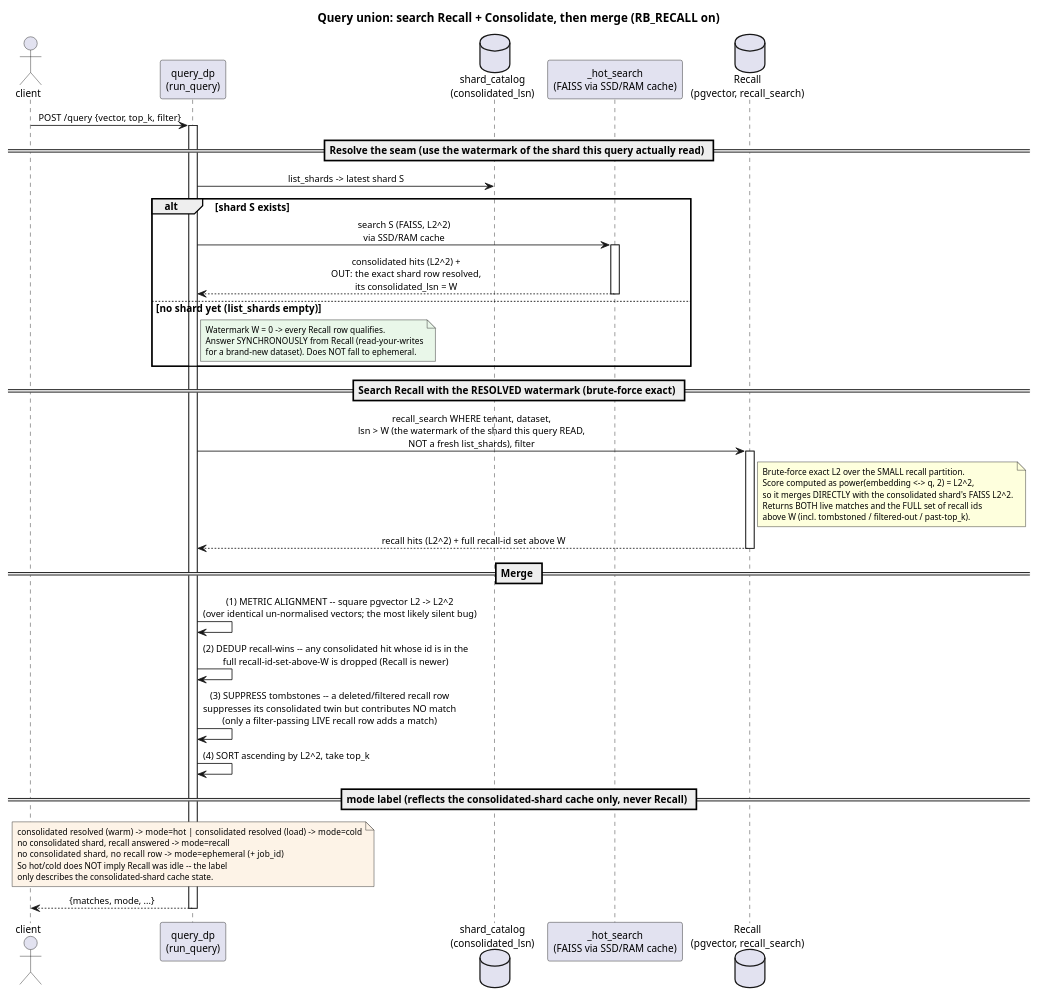
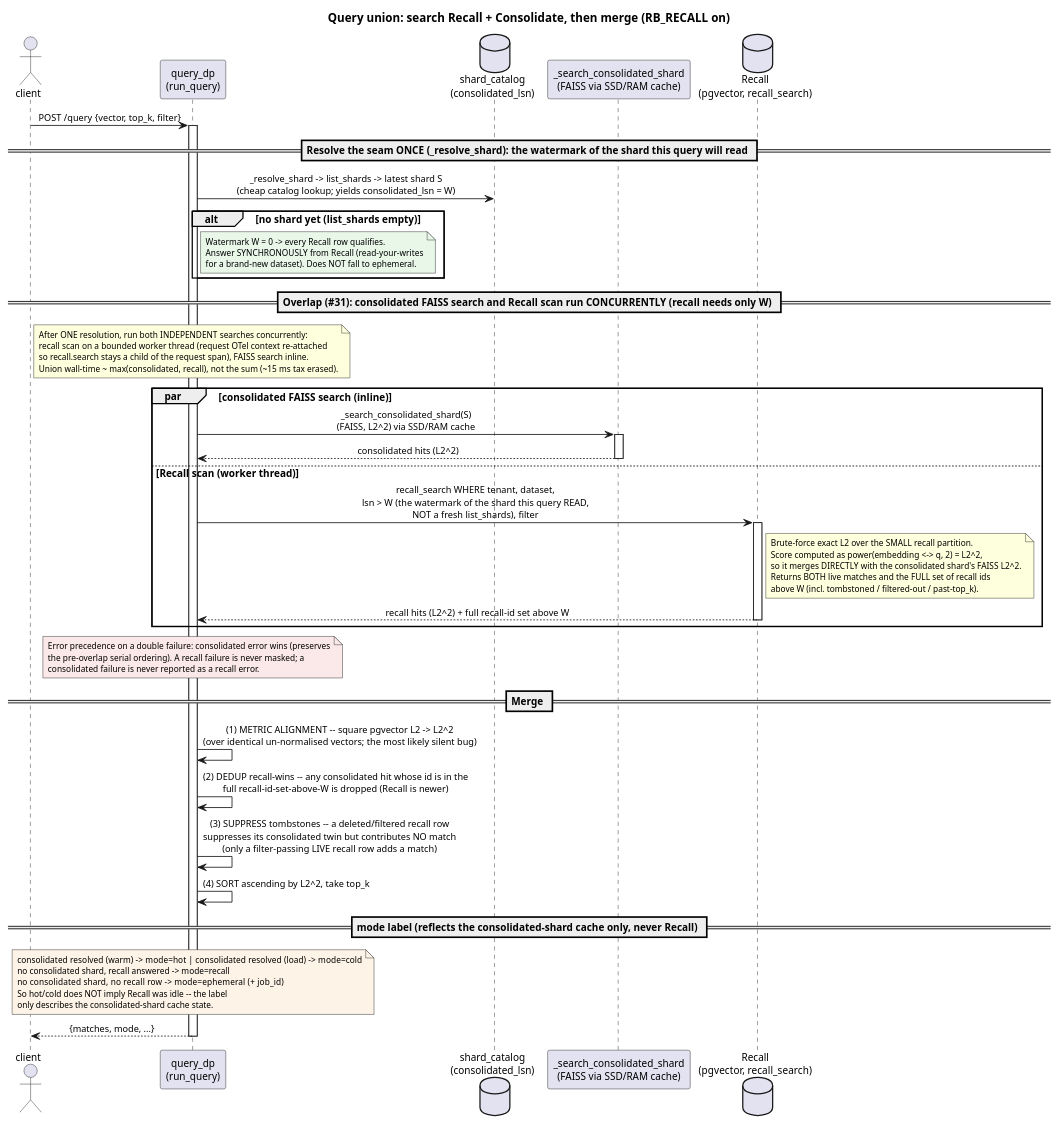
One commit to rosalinddb/rosalinddb changed the diagram in docs/architecture/diagrams/recall-consolidate-query-union.puml. Above: the diagram before and after it, drawn with PlantUML. The commit also changed 3 other files, not shown here.

First line of the commit message:
docs(query): describe the resolve/search split and recall overlap (#31)

```diff
--- a/docs/architecture/diagrams/recall-consolidate-query-union.puml
+++ b/docs/architecture/diagrams/recall-consolidate-query-union.puml
@@ -1,77 +1,92 @@
 @startuml recall-consolidate-query-union
 ' Query union sequence: resolve the latest shard + its consolidated_lsn
 ' watermark -> search Recall (lsn > watermark, brute-force exact) and the
 ' Consolidate shard (FAISS via the SSD/RAM cache) -> merge: square pgvector
 ' L2 -> L2^2 (metric alignment), recall-wins dedup, suppress recall-tombstoned
 ' ids, sort ascending, take top_k. Also shows the no-shard recall/ephemeral
 ' branch and the mode label (which always reflects the consolidated-shard cache only).
 
 title Query union: search Recall + Consolidate, then merge (RB_RECALL on)
 
 skinparam shadowing false
 skinparam defaultFontName Helvetica
 skinparam defaultFontSize 12
 skinparam ArrowFontSize 11
 skinparam NoteFontSize 10
 skinparam sequenceMessageAlign center
 
 actor "client" as client
 participant "query_dp\n(run_query)" as dp
 database "shard_catalog\n(consolidated_lsn)" as catalog
-participant "_hot_search\n(FAISS via SSD/RAM cache)" as consolidated
+participant "_search_consolidated_shard\n(FAISS via SSD/RAM cache)" as consolidated
 database "Recall\n(pgvector, recall_search)" as recall
 
 client -> dp : POST /query {vector, top_k, filter}
 activate dp
 
-== Resolve the seam (use the watermark of the shard this query actually read) ==
+== Resolve the seam ONCE (_resolve_shard): the watermark of the shard this query will read ==
 
-dp -> catalog : list_shards -> latest shard S
-alt shard S exists
-  dp -> consolidated : search S (FAISS, L2^2)\nvia SSD/RAM cache
-  activate consolidated
-  consolidated --> dp : consolidated hits (L2^2) +\nOUT: the exact shard row resolved,\nits consolidated_lsn = W
-  deactivate consolidated
-else no shard yet (list_shards empty)
+dp -> catalog : _resolve_shard -> list_shards -> latest shard S\n(cheap catalog lookup; yields consolidated_lsn = W)
+alt no shard yet (list_shards empty)
   note right of dp #E9F7E9
     Watermark W = 0 -> every Recall row qualifies.
     Answer SYNCHRONOUSLY from Recall (read-your-writes
     for a brand-new dataset). Does NOT fall to ephemeral.
   end note
 end
 
-== Search Recall with the RESOLVED watermark (brute-force exact) ==
+== Overlap (#31): consolidated FAISS search and Recall scan run CONCURRENTLY (recall needs only W) ==
 
-dp -> recall : recall_search WHERE tenant, dataset,\nlsn > W (the watermark of the shard this query READ,\nNOT a fresh list_shards), filter
-activate recall
-note right of recall
-  Brute-force exact L2 over the SMALL recall partition.
-  Score computed as power(embedding <-> q, 2) = L2^2,
-  so it merges DIRECTLY with the consolidated shard's FAISS L2^2.
-  Returns BOTH live matches and the FULL set of recall ids
-  above W (incl. tombstoned / filtered-out / past-top_k).
+note over dp
+  After ONE resolution, run both INDEPENDENT searches concurrently:
+  recall scan on a bounded worker thread (request OTel context re-attached
+  so recall.search stays a child of the request span), FAISS search inline.
+  Union wall-time ~ max(consolidated, recall), not the sum (~15 ms tax erased).
 end note
-recall --> dp : recall hits (L2^2) + full recall-id set above W
-deactivate recall
+
+par consolidated FAISS search (inline)
+  dp -> consolidated : _search_consolidated_shard(S)\n(FAISS, L2^2) via SSD/RAM cache
+  activate consolidated
+  consolidated --> dp : consolidated hits (L2^2)
+  deactivate consolidated
+else Recall scan (worker thread)
+  dp -> recall : recall_search WHERE tenant, dataset,\nlsn > W (the watermark of the shard this query READ,\nNOT a fresh list_shards), filter
+  activate recall
+  note right of recall
+    Brute-force exact L2 over the SMALL recall partition.
+    Score computed as power(embedding <-> q, 2) = L2^2,
+    so it merges DIRECTLY with the consolidated shard's FAISS L2^2.
+    Returns BOTH live matches and the FULL set of recall ids
+    above W (incl. tombstoned / filtered-out / past-top_k).
+  end note
+  recall --> dp : recall hits (L2^2) + full recall-id set above W
+  deactivate recall
+end
+
+note over dp #FBE9E9
+  Error precedence on a double failure: consolidated error wins (preserves
+  the pre-overlap serial ordering). A recall failure is never masked; a
+  consolidated failure is never reported as a recall error.
+end note
 
 == Merge ==
 
 dp -> dp : (1) METRIC ALIGNMENT -- square pgvector L2 -> L2^2\n(over identical un-normalised vectors; the most likely silent bug)
 dp -> dp : (2) DEDUP recall-wins -- any consolidated hit whose id is in the\nfull recall-id-set-above-W is dropped (Recall is newer)
 dp -> dp : (3) SUPPRESS tombstones -- a deleted/filtered recall row\nsuppresses its consolidated twin but contributes NO match\n(only a filter-passing LIVE recall row adds a match)
 dp -> dp : (4) SORT ascending by L2^2, take top_k
 
 == mode label (reflects the consolidated-shard cache only, never Recall) ==
 
 note over dp #FDF3E7
   consolidated resolved (warm) -> mode=hot   | consolidated resolved (load) -> mode=cold
   no consolidated shard, recall answered -> mode=recall
   no consolidated shard, no recall row    -> mode=ephemeral (+ job_id)
   So hot/cold does NOT imply Recall was idle -- the label
   only describes the consolidated-shard cache state.
 end note
 
 dp --> client : {matches, mode, ...}
 deactivate dp
 
 @enduml
```
